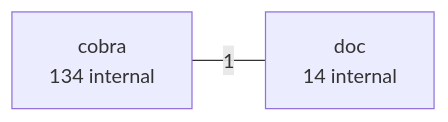
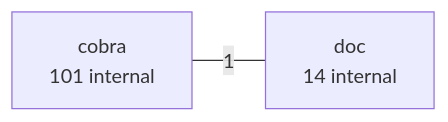
The second of 8 diagrams in examples/cobra.md (LukasSelin/doppel), drawn with Mermaid before and after one commit. The commit also changed other lines of this file and 36 other files, not shown here.

````diff
--- a/examples/cobra.md
+++ b/examples/cobra.md
@@ -116,6 +116,6 @@
 ```mermaid
 flowchart LR
-    p0["cobra<br/>134 internal"]
+    p0["cobra<br/>101 internal"]
     p1["doc<br/>14 internal"]
     p0 ---|"1"| p1
 ```
````
